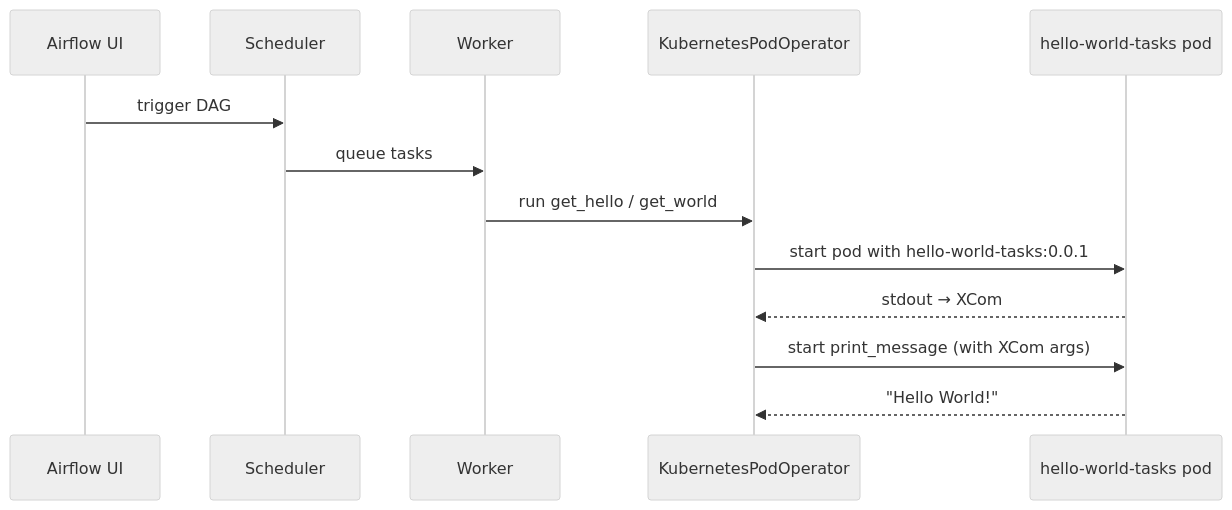
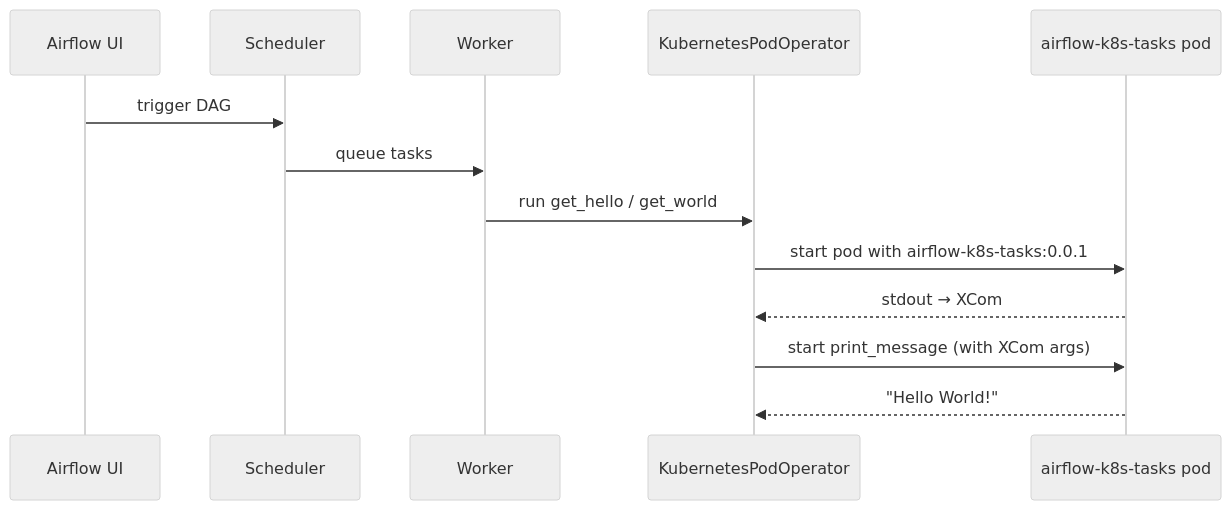
Before and after one commit to AdrienLibert/airflow-k8s-training: the diagram in README.md, drawn with Mermaid (neutral theme). The commit also changed other lines of this file and 19 other files, not shown here.

````diff
--- a/README.md
+++ b/README.md
@@ -42,16 +42,16 @@
 ```mermaid
 sequenceDiagram
     participant UI as Airflow UI
     participant Sched as Scheduler
     participant Worker as Worker
     participant KPO as KubernetesPodOperator
-    participant Pod as hello-world-tasks pod
+    participant Pod as airflow-k8s-tasks pod
 
     UI->>Sched: trigger DAG
     Sched->>Worker: queue tasks
     Worker->>KPO: run get_hello / get_world
-    KPO->>Pod: start pod with hello-world-tasks:0.0.1
+    KPO->>Pod: start pod with airflow-k8s-tasks:0.0.1
     Pod-->>KPO: stdout → XCom
     KPO->>Pod: start print_message (with XCom args)
     Pod-->>KPO: "Hello World!"
 ```
````
